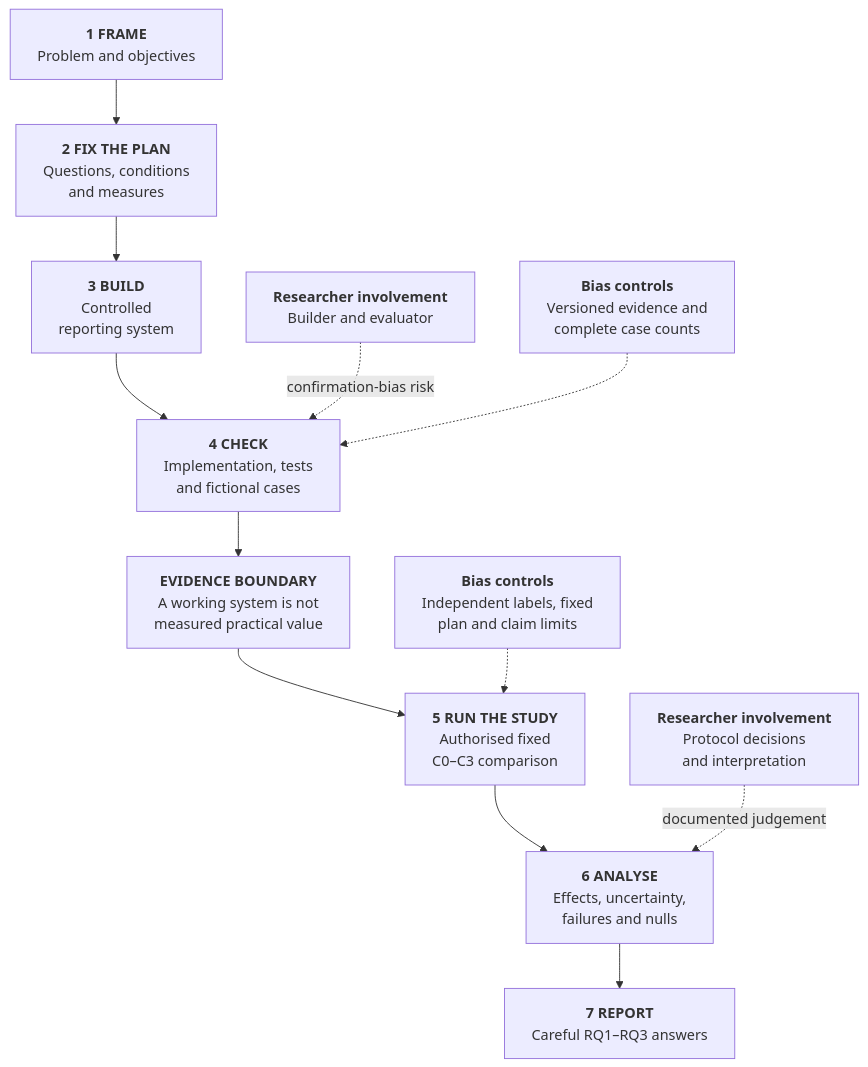
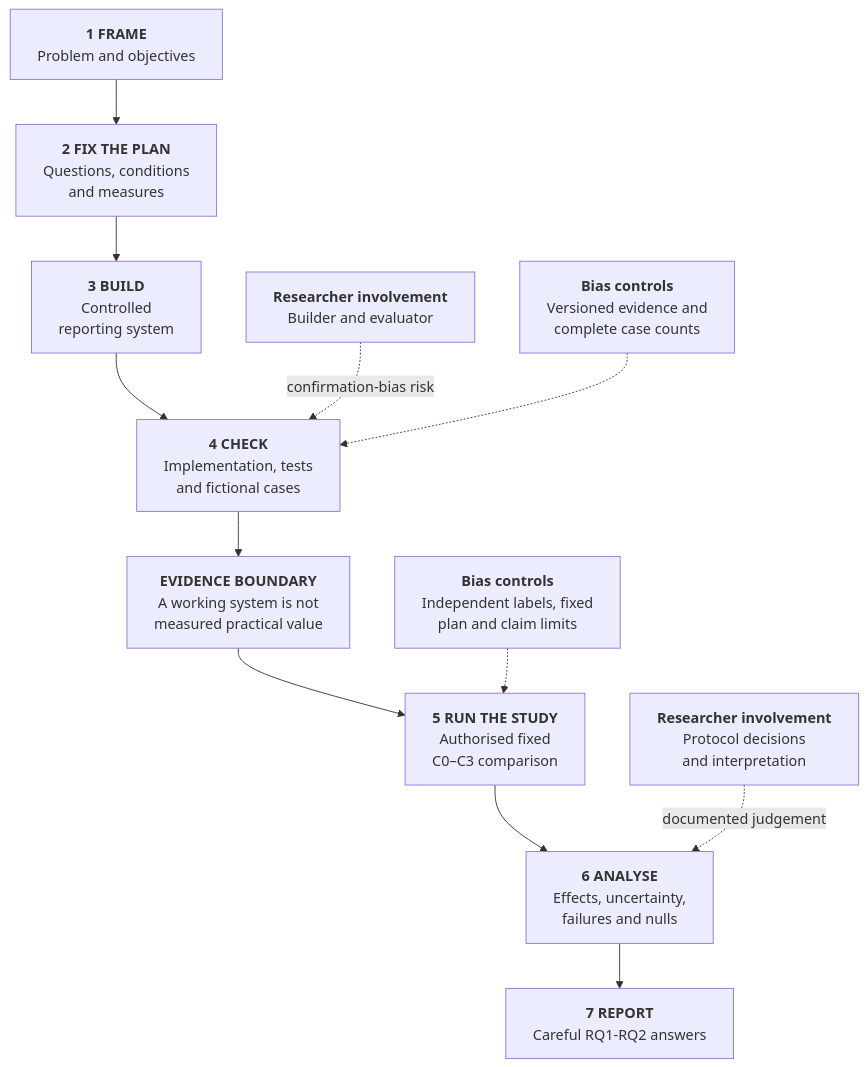
The diagram in Dissertation/exhibits/meth_f1_design_science_evidence_chain.mmd (fayeeniu/dissertation-agentic-portfolio-monitoring), drawn with Mermaid before and after one commit. The commit also changed 80 other files, not shown here.

```diff
--- a/Dissertation/exhibits/meth_f1_design_science_evidence_chain.mmd
+++ b/Dissertation/exhibits/meth_f1_design_science_evidence_chain.mmd
@@ -1,21 +1,21 @@
 %% Shared palette: exhibits/figure_palette.json (roles applied via exhibits/mermaid.css)
 %% Line breaks are deliberately short so that the staircase layout stays narrow enough for the
 %% text to remain legible at 0.88\textwidth on a portrait A4 page.
 flowchart TB
   P["<b>1 FRAME</b><br/>Problem and objectives"] --> F["<b>2 FIX THE PLAN</b><br/>Questions, conditions<br/>and measures"]
   F --> B["<b>3 BUILD</b><br/>Controlled<br/>reporting system"]
   B --> E["<b>4 CHECK</b><br/>Implementation, tests<br/>and fictional cases"]
   E --> N["<b>EVIDENCE BOUNDARY</b><br/>A working system is not<br/>measured practical value"]
   N --> X["<b>5 RUN THE STUDY</b><br/>Authorised fixed<br/>C0–C3 comparison"]
   X --> A["<b>6 ANALYSE</b><br/>Effects, uncertainty,<br/>failures and nulls"]
-  A --> C["<b>7 REPORT</b><br/>Careful RQ1–RQ3 answers"]
+  A --> C["<b>7 REPORT</b><br/>Careful RQ1-RQ2 answers"]
 
   R1["<b>Researcher involvement</b><br/>Builder and evaluator"] -. confirmation-bias risk .-> E
   R2["<b>Researcher involvement</b><br/>Protocol decisions<br/>and interpretation"] -. documented judgement .-> A
 
   M1["<b>Bias controls</b><br/>Versioned evidence and<br/>complete case counts"] -.-> E
   M2["<b>Bias controls</b><br/>Independent labels, fixed<br/>plan and claim limits"] -.-> X
 
   class P,F,B,E,X,A,C fx-stage
   class N fx-banner
   class R1,R2,M1,M2 fx-note
```
